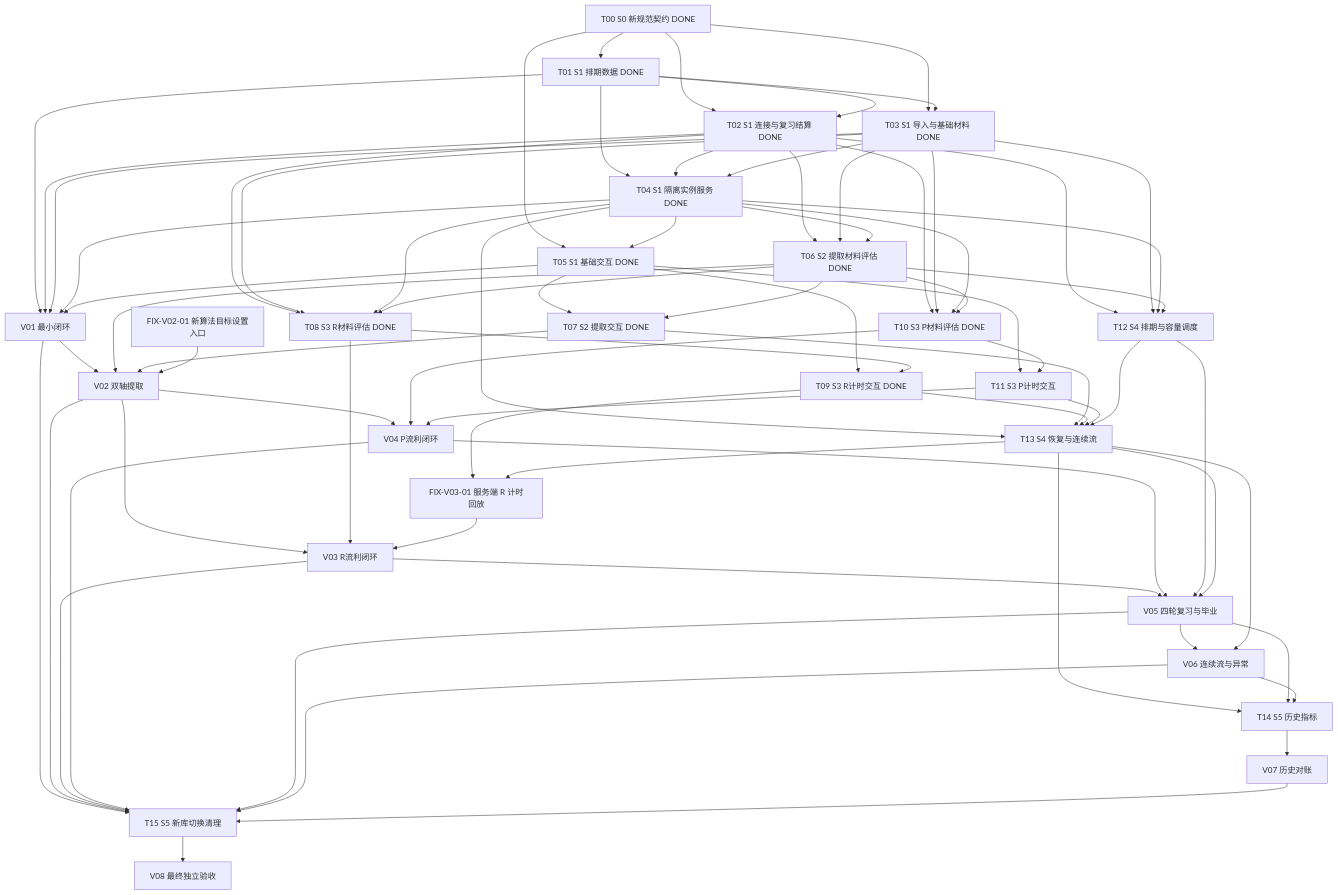
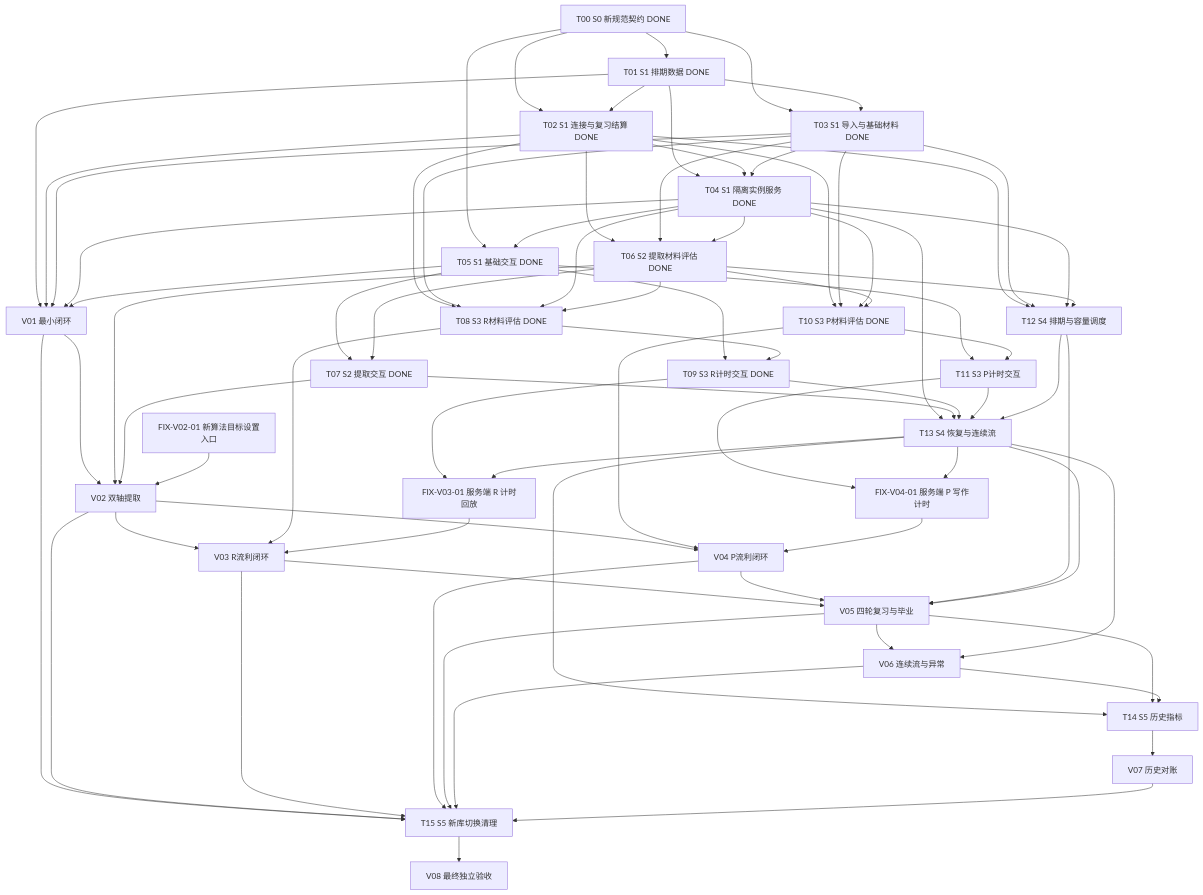
One commit to logact/flow changed the diagram in docs/task-implementation-new-algorithm.md. Above: the diagram before and after it, drawn with Mermaid. The commit also changed other lines of this file and 1 other file, not shown here.

```diff
--- a/docs/task-implementation-new-algorithm.md
+++ b/docs/task-implementation-new-algorithm.md
@@ -377,6 +386,7 @@
   T10["T10 S3 P材料评估 DONE"]
   T11["T11 S3 P计时交互"]
   FIXV0301["FIX-V03-01 服务端 R 计时回放"]
+  FIXV0401["FIX-V04-01 服务端 P 写作计时"]
   V03["V03 R流利闭环"]
   V04["V04 P流利闭环"]
   T12["T12 S4 排期与容量调度"]
@@ -430,7 +440,9 @@
   FIXV0301 --> V03
   V02 --> V04
   T10 --> V04
-  T11 --> V04
+  T11 --> FIXV0401
+  T13 --> FIXV0401
+  FIXV0401 --> V04
   T02 --> T12
   T03 --> T12
   T04 --> T12
```
